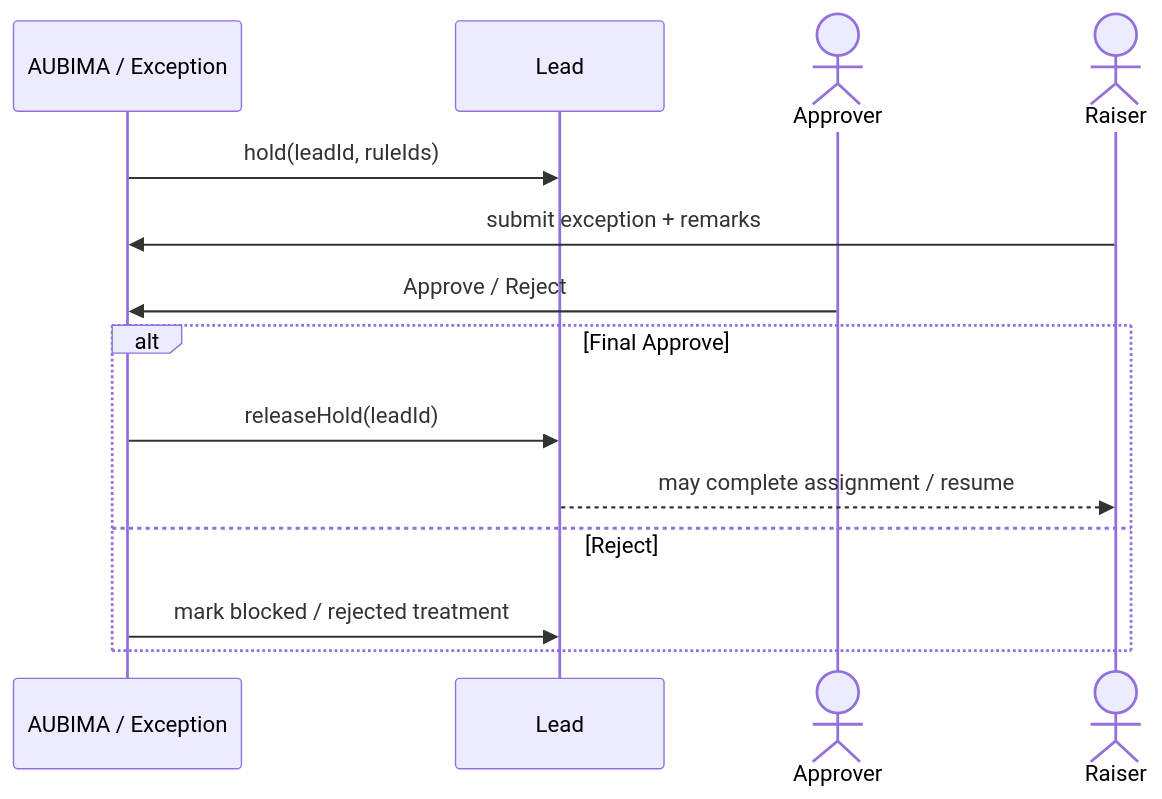
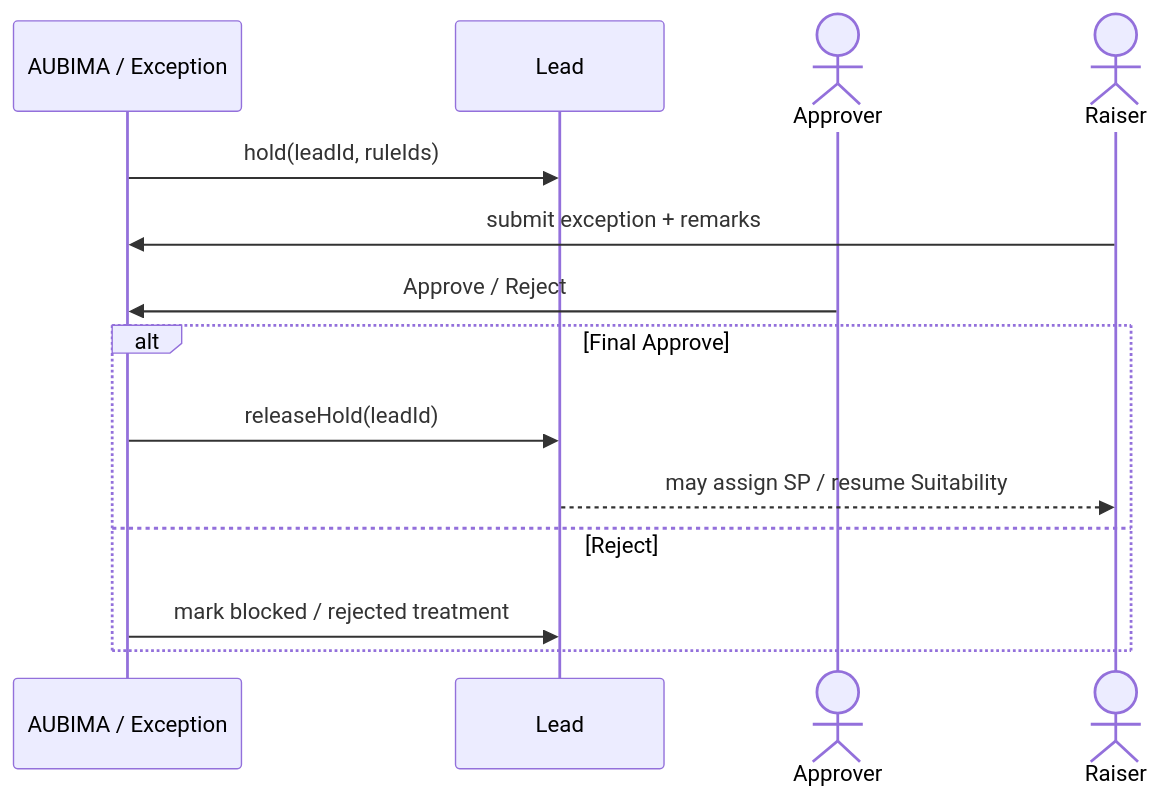
The fourth of 9 diagrams in docs/platform/ws3-platform/11-lead-module-sequences.md (Mahesh38/bank-insurance-platform), drawn with Mermaid before and after one commit. The commit also changed other lines of this file and 10 other files, not shown here.

````diff
--- a/docs/platform/ws3-platform/11-lead-module-sequences.md
+++ b/docs/platform/ws3-platform/11-lead-module-sequences.md
@@ -105,17 +127,17 @@
 ```mermaid
 sequenceDiagram
   participant VAL as AUBIMA / Exception
   participant LED as Lead #5
   actor Mgr as Approver
   actor User as Raiser
 
   VAL->>LED: hold(leadId, ruleIds)
   User->>VAL: submit exception + remarks
   Mgr->>VAL: Approve / Reject
   alt Final Approve
     VAL->>LED: releaseHold(leadId)
-    LED-->>User: may complete assignment / resume
+    LED-->>User: may assign SP / resume Suitability
   else Reject
     VAL->>LED: mark blocked / rejected treatment
   end
 ```
````
